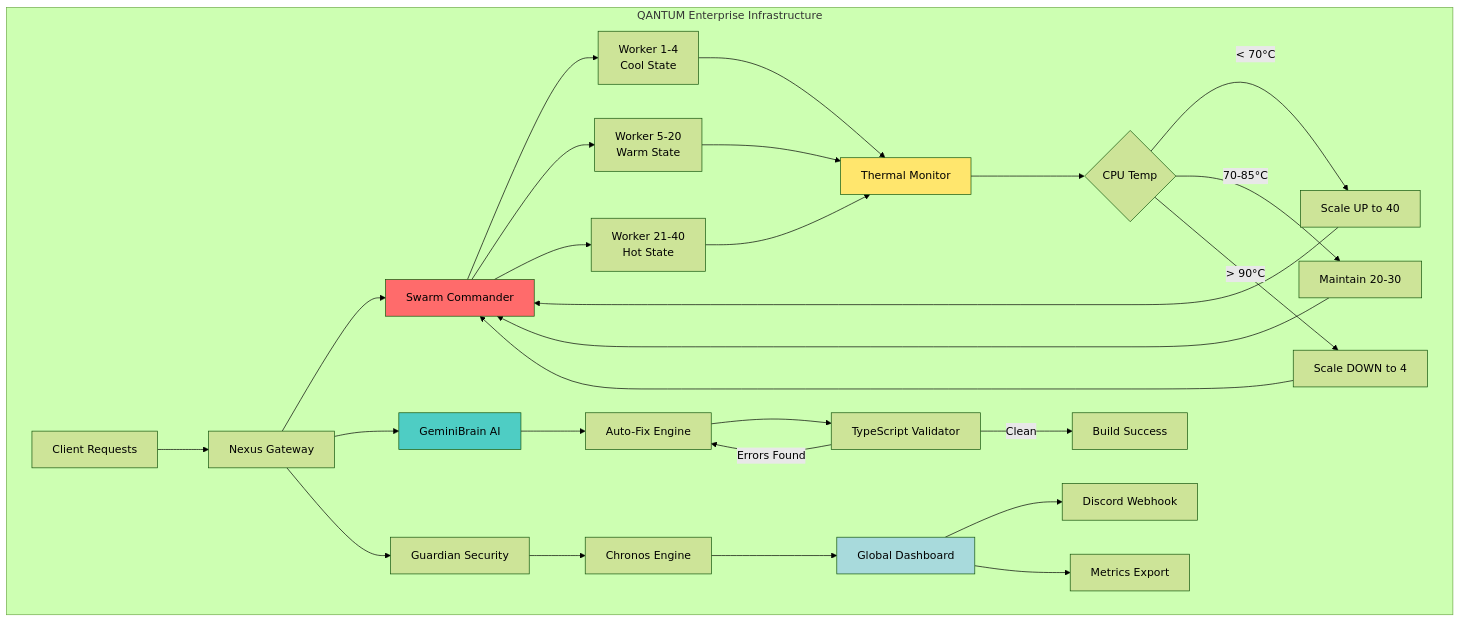
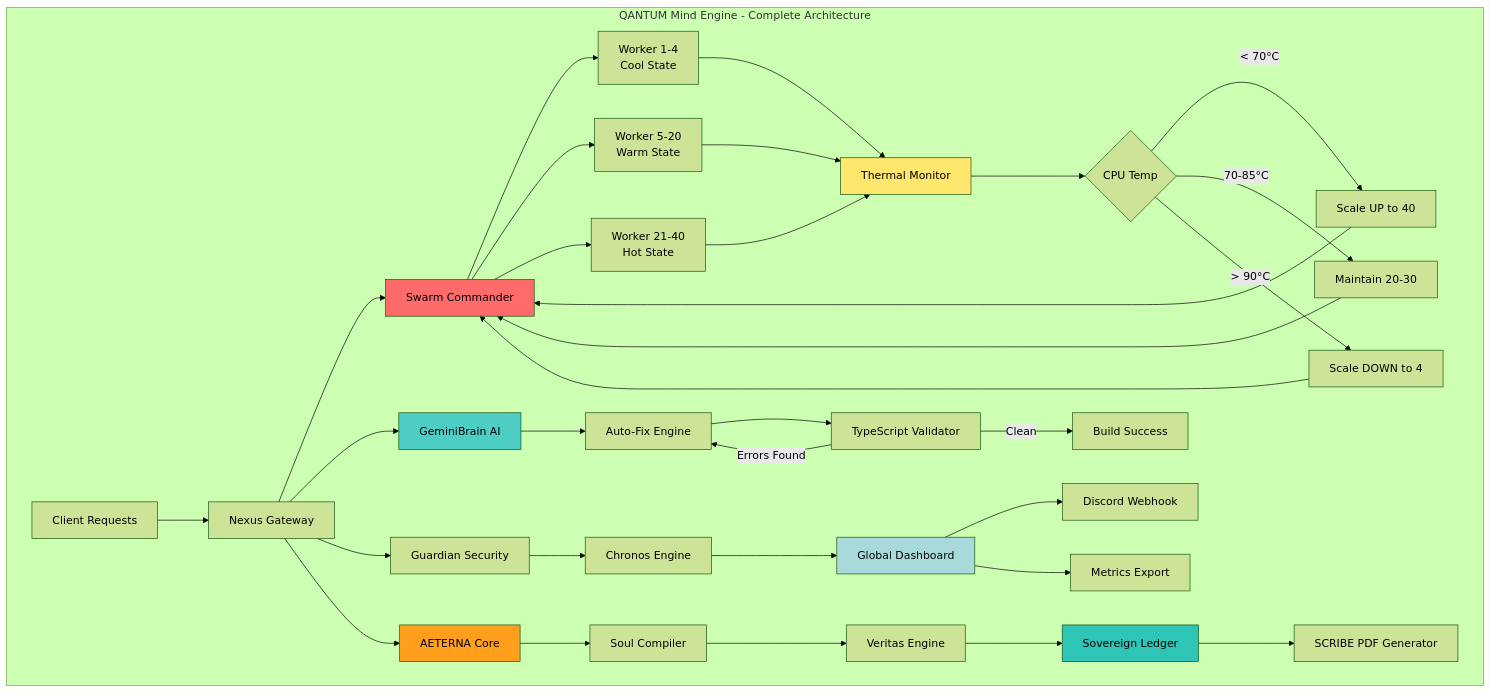
Before and after one commit to QAntum-Fortres/QAntum-Mind-Engine-Self-Healing: the diagram in README.md, drawn with Mermaid (forest theme). The commit also changed other lines of this file, not shown here.

````diff
--- a/README.md
+++ b/README.md
@@ -70,42 +124,50 @@
 ```mermaid
 graph TB
-    subgraph "QANTUM Enterprise Infrastructure"
+    subgraph "QANTUM Mind Engine - Complete Architecture"
         A[Client Requests] --> B[Nexus Gateway]
         B --> C[Swarm Commander]
         
         C --> D1[Worker 1-4<br/>Cool State]
         C --> D2[Worker 5-20<br/>Warm State]
         C --> D3[Worker 21-40<br/>Hot State]
         
         D1 --> E[Thermal Monitor]
         D2 --> E
         D3 --> E
         
         E --> F{CPU Temp}
         F -->|< 70°C| G[Scale UP to 40]
         F -->|70-85°C| H[Maintain 20-30]
         F -->|> 90°C| I[Scale DOWN to 4]
         
         G --> C
         H --> C
         I --> C
         
         B --> J[GeminiBrain AI]
         J --> K[Auto-Fix Engine]
         K --> L[TypeScript Validator]
         L -->|Errors Found| K
         L -->|Clean| M[Build Success]
         
         B --> N[Guardian Security]
         N --> O[Chronos Engine]
         O --> P[Global Dashboard]
         
         P --> Q[Discord Webhook]
         P --> R[Metrics Export]
+        
+        B --> S[AETERNA Core]
+        S --> T[Soul Compiler]
+        T --> U[Veritas Engine]
+        U --> V[Sovereign Ledger]
+        V --> W[SCRIBE PDF Generator]
     end
     
     style C fill:#ff6b6b
     style J fill:#4ecdc4
     style E fill:#ffe66d
     style P fill:#a8dadc
+    style S fill:#ff9f1c
+    style V fill:#2ec4b6
 ```
````
